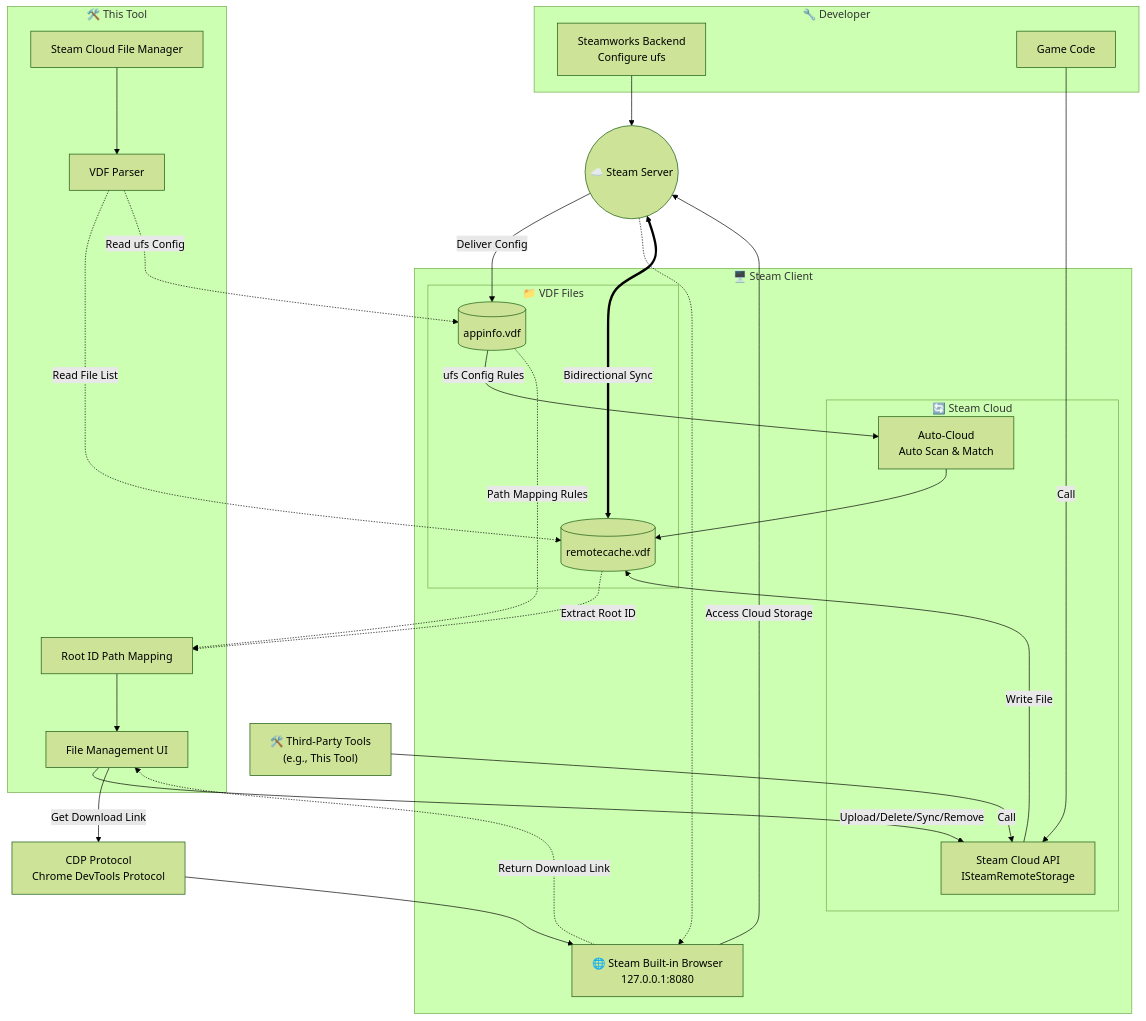
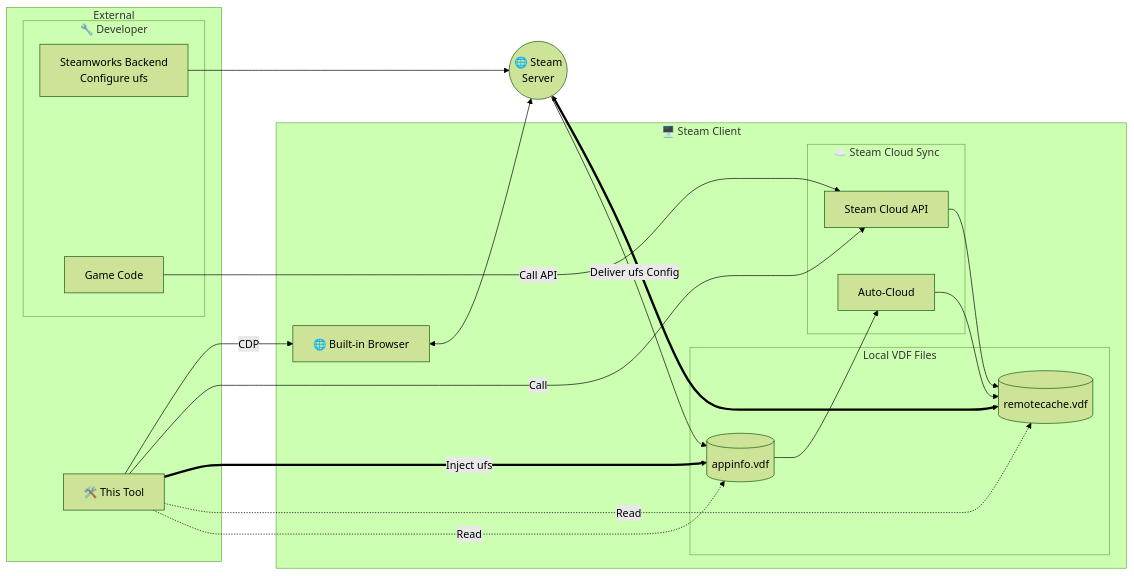
Before and after one commit to Fldicoahkiin/SteamCloudFileManager: the third of 4 diagrams in README.en.md, drawn with Mermaid (forest theme). The commit also changed other lines of this file and 2 other files, not shown here.

Commit message:
docs: 更新 README 文档，完善 UFS 配置管理功能说明

````diff
--- a/README.en.md
+++ b/README.en.md
@@ -347,68 +334,45 @@
 ```mermaid
-graph TB
-    subgraph dev["🔧 Developer"]
-        Steamworks["Steamworks Backend<br/>Configure ufs"]
-        GameCode["Game Code"]
+graph LR
+    subgraph left["External"]
+        subgraph dev["🔧 Developer"]
+            Steamworks["Steamworks Backend<br/>Configure ufs"]
+            GameCode["Game Code"]
+        end
+        Tool["🛠️ This Tool"]
     end
     
-    Cloud(("☁️ Steam Server"))
-    
     subgraph client["🖥️ Steam Client"]
-        subgraph vdf["📁 VDF Files"]
+        subgraph vdf["Local VDF Files"]
             AppInfo[(appinfo.vdf)]
             RemoteCache[(remotecache.vdf)]
         end
         
-        subgraph sync["🔄 Steam Cloud"]
-            Auto["Auto-Cloud<br/>Auto Scan & Match"]
-            API["Steam Cloud API<br/>ISteamRemoteStorage"]
+        subgraph sync["☁️ Steam Cloud Sync"]
+            Auto["Auto-Cloud"]
+            API["Steam Cloud API"]
         end
         
-        SteamBrowser["🌐 Steam Built-in Browser<br/>127.0.0.1:8080"]
+        Browser["🌐 Built-in Browser"]
     end
     
-    CDP["CDP Protocol<br/>Chrome DevTools Protocol"]
+    Cloud(("🌐 Steam<br/>Server"))
     
-    ThirdParty["🛠️ Third-Party Tools<br/>(e.g., This Tool)"]
+    %% Developer flow
+    Steamworks --> Cloud
+    Cloud -->|Deliver ufs Config| AppInfo
+    GameCode -->|Call API| API
     
-    subgraph tool["🛠️ This Tool"]
-        App["Steam Cloud File Manager"]
-        Parser["VDF Parser"]
-        Resolver["Root ID Path Mapping"]
-        UI["File Management UI"]
-    end
+    %% Steam internal flow
+    AppInfo --> Auto
+    Auto --> RemoteCache
+    API --> RemoteCache
+    RemoteCache <===> Cloud
+    Browser <--> Cloud
     
-    %% Steamworks Config → Auto-Cloud
-    Steamworks --> Cloud
-    Cloud -->|Deliver Config| AppInfo
-    AppInfo -->|ufs Config Rules| Auto
-    Auto --> RemoteCache
-    
-    %% Game Code/Third-Party → API
-    GameCode -->|Call| API
-    ThirdParty -->|Call| API
-    
-    %% Bidirectional Sync
-    API -->|Write File| RemoteCache
-    RemoteCache <===>|Bidirectional Sync| Cloud
-    
-    %% This Tool Reads
-    App --> Parser
-    Parser -.Read File List.-> RemoteCache
-    Parser -.Read ufs Config.-> AppInfo
-    
-    %% Root ID Mapping
-    RemoteCache -.Extract Root ID.-> Resolver
-    AppInfo -.Path Mapping Rules.-> Resolver
-    Resolver --> UI
-    
-    %% This Tool Calls API (Same as Game Code)
-    UI -->|Upload/Delete/Sync/Remove| API
-    
-    %% Download Link
-    UI -->|Get Download Link| CDP
-    CDP --> SteamBrowser
-    SteamBrowser -->|Access Cloud Storage| Cloud
-    Cloud -.-> SteamBrowser
-    SteamBrowser -.Return Download Link.-> UI
+    %% This tool's operations
+    Tool -.->|Read| AppInfo
+    Tool -.->|Read| RemoteCache
+    Tool ==>|Inject ufs| AppInfo
+    Tool -->|Call| API
+    Tool -->|CDP| Browser
 ```
````
